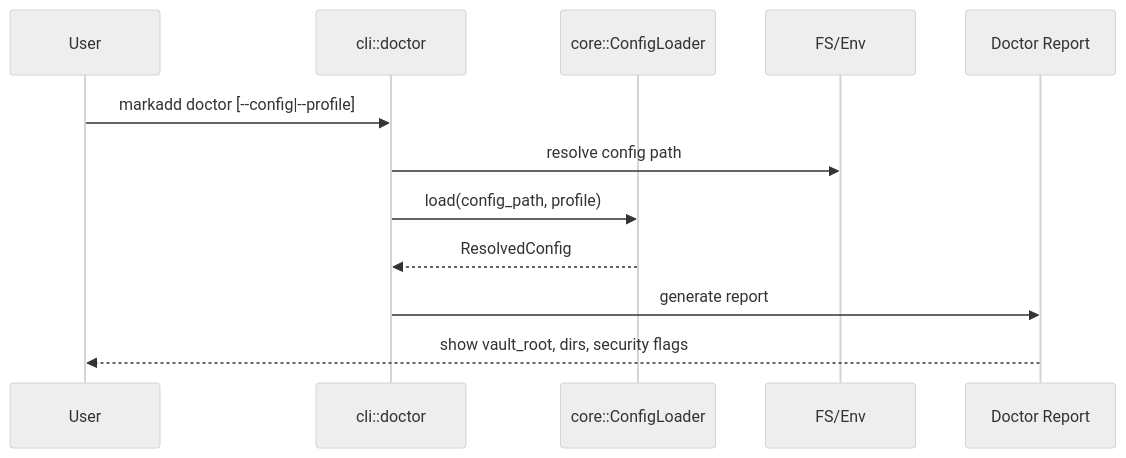
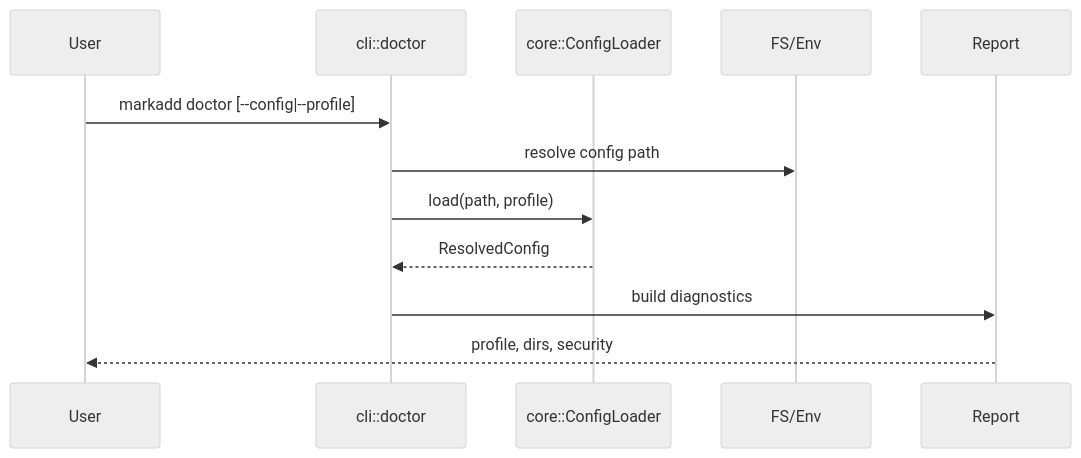
The fourth of 22 diagrams in docs/01_development_plan.md (agustinvalencia/mdvault), drawn with Mermaid (neutral theme) before and after one commit. The commit also changed other lines of this file and 2 other files, not shown here.

````diff
--- a/docs/01_development_plan.md
+++ b/docs/01_development_plan.md
@@ -106,15 +99,14 @@
 ```mermaid
 sequenceDiagram
   participant User
   participant CLI as cli::doctor
   participant CFG as core::ConfigLoader
   participant OS as FS/Env
-  participant OUT as Doctor Report
-
+  participant OUT as Report
   User->>CLI: markadd doctor [--config|--profile]
   CLI->>OS: resolve config path
-  CLI->>CFG: load(config_path, profile)
+  CLI->>CFG: load(path, profile)
   CFG-->>CLI: ResolvedConfig
-  CLI->>OUT: generate report
-  OUT-->>User: show vault_root, dirs, security flags
+  CLI->>OUT: build diagnostics
+  OUT-->>User: profile, dirs, security
 ```
````
